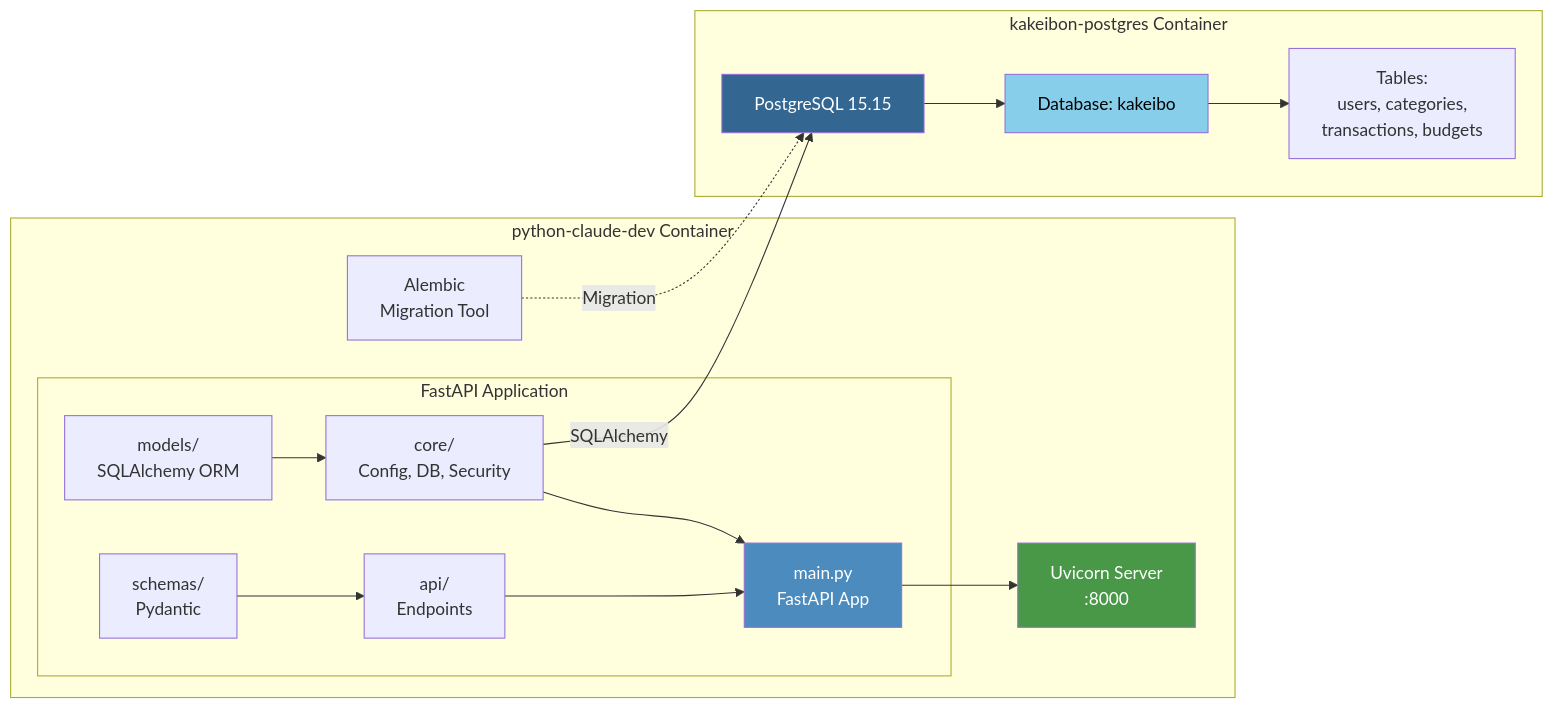
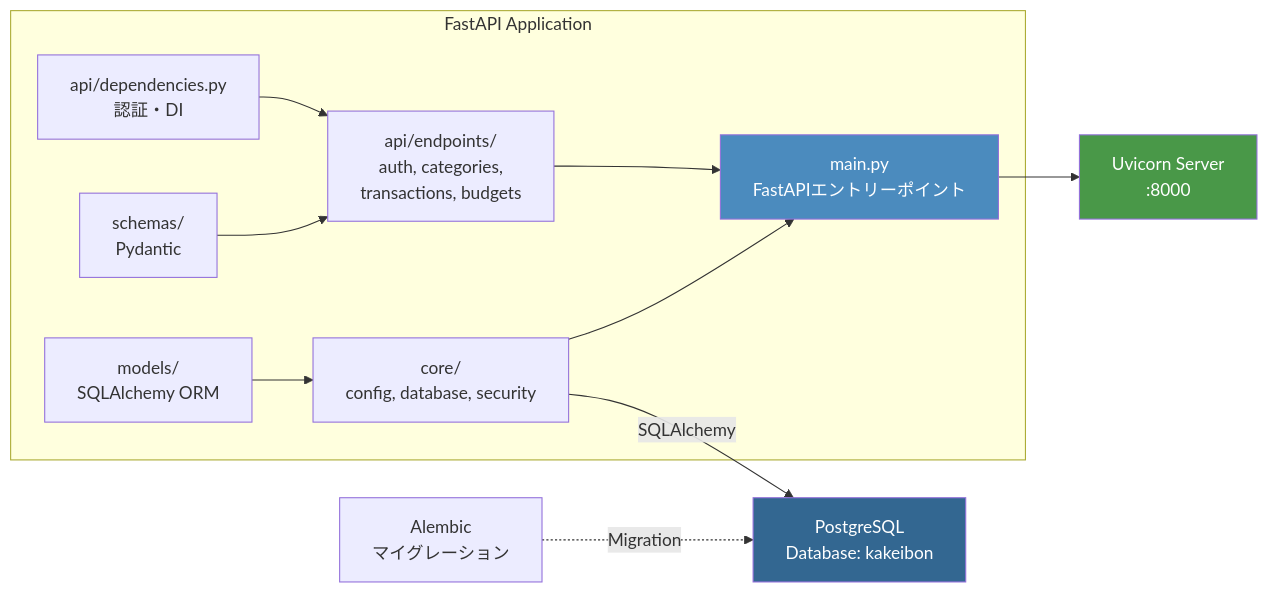
Before and after one commit to satsuma-ken/kakeibon: the third of 9 diagrams in ARCHITECTURE.md, drawn with Mermaid. The commit also changed other lines of this file and 3 other files, not shown here.

````diff
--- a/ARCHITECTURE.md
+++ b/ARCHITECTURE.md
@@ -85,37 +82,29 @@
 ```mermaid
 graph LR
-    subgraph "python-claude-dev Container"
-        subgraph "FastAPI Application"
-            Main["main.py<br/>FastAPI App"]
-            API["api/<br/>Endpoints"]
-            Core["core/<br/>Config, DB, Security"]
-            Models["models/<br/>SQLAlchemy ORM"]
-            Schemas["schemas/<br/>Pydantic"]
-        end
-
-        Uvicorn["Uvicorn Server<br/>:8000"]
-        Alembic["Alembic<br/>Migration Tool"]
+    subgraph "FastAPI Application"
+        Main["main.py<br/>FastAPIエントリーポイント"]
+        API["api/endpoints/<br/>auth, categories,<br/>transactions, budgets"]
+        Core["core/<br/>config, database, security"]
+        Models["models/<br/>SQLAlchemy ORM"]
+        Schemas["schemas/<br/>Pydantic"]
+        Deps["api/dependencies.py<br/>認証・DI"]
     end
 
-    subgraph "kakeibon-postgres Container"
-        PG["PostgreSQL 15.15"]
-        DB["Database: kakeibo"]
-        Tables["Tables:<br/>users, categories,<br/>transactions, budgets"]
-    end
+    Uvicorn["Uvicorn Server<br/>:8000"]
+    Alembic["Alembic<br/>マイグレーション"]
+    PostgreSQL["PostgreSQL<br/>Database: kakeibon"]
 
     Main --> Uvicorn
     API --> Main
+    Deps --> API
     Core --> Main
     Models --> Core
     Schemas --> API
 
-    Alembic -.->|Migration| PG
-    Core -->|SQLAlchemy| PG
-    PG --> DB
-    DB --> Tables
+    Alembic -.->|Migration| PostgreSQL
+    Core -->|SQLAlchemy| PostgreSQL
 
     style Main fill:#4B8BBE,color:#fff
     style Uvicorn fill:#499848,color:#fff
-    style PG fill:#336791,color:#fff
-    style DB fill:#87CEEB,color:#000
+    style PostgreSQL fill:#336791,color:#fff
 ```
````
